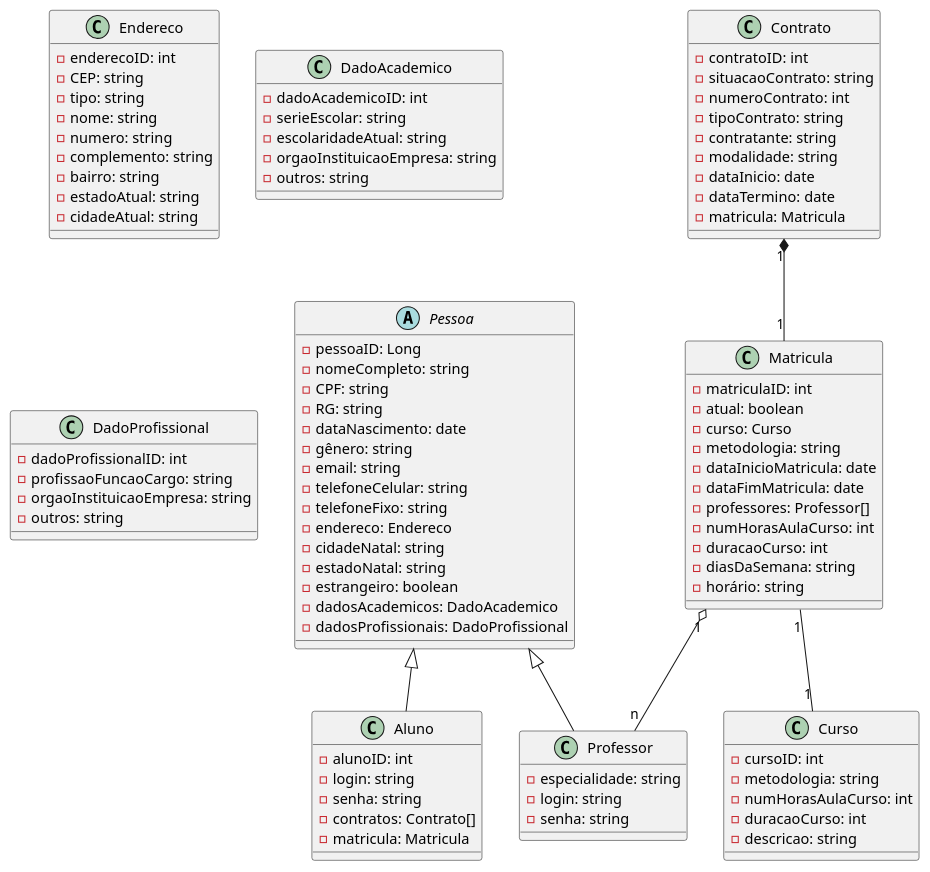
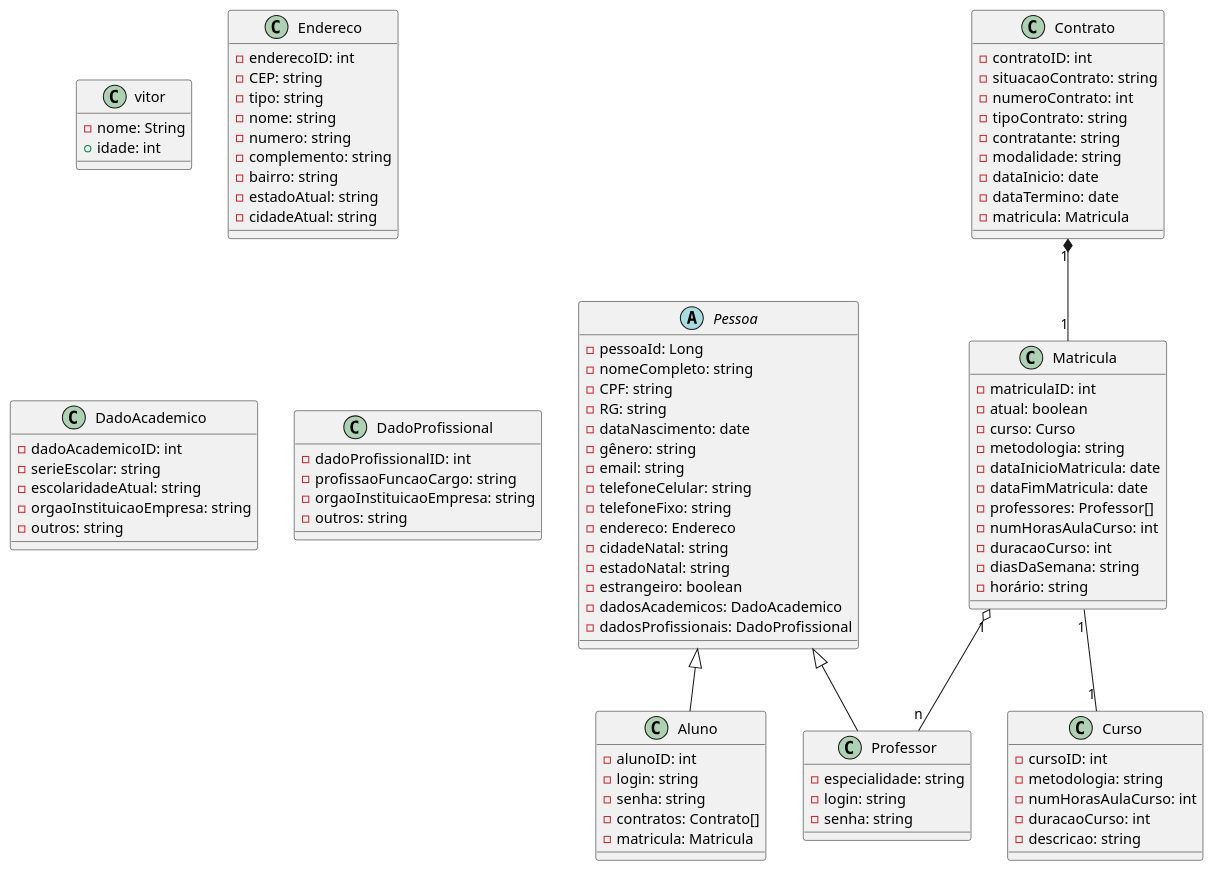
The diagram in projeto-spring/registro-flexivel/docs/diagrama.puml (Vitor-rs/Desenvolvimento-de-Servicos-para-Web-I), drawn with PlantUML before and after one commit. The commit also changed 12 other files, not shown here.

```diff
--- a/projeto-spring/registro-flexivel/docs/diagrama.puml
+++ b/projeto-spring/registro-flexivel/docs/diagrama.puml
@@ -1,106 +1,111 @@
 @startuml
 
 abstract class Pessoa {
-    -pessoaID: Long
+    -pessoaId: Long
     -nomeCompleto: string
     -CPF: string
     -RG: string
     -dataNascimento: date
     -gênero: string
     -email: string
     -telefoneCelular: string
     -telefoneFixo: string
     -endereco: Endereco
     -cidadeNatal: string
     -estadoNatal: string
     -estrangeiro: boolean
     -dadosAcademicos: DadoAcademico
     -dadosProfissionais: DadoProfissional
+}
+
+class vitor {
+ -nome: String
+ +idade: int
 }
 
 class Professor {
     -especialidade: string
     -login: string
     -senha: string
 }
 
 class Aluno {
     -alunoID: int
     -login: string
     -senha: string
     -contratos: Contrato[]
 }
 
 class Endereco {
     -enderecoID: int
     -CEP: string
     -tipo: string
     -nome: string
     -numero: string
     -complemento: string
     -bairro: string
     -estadoAtual: string
     -cidadeAtual: string
 }
 
 class DadoAcademico {
     -dadoAcademicoID: int
     -serieEscolar: string
     -escolaridadeAtual: string
     -orgaoInstituicaoEmpresa: string
     -outros: string
 }
 
 class DadoProfissional {
     -dadoProfissionalID: int
     -profissaoFuncaoCargo: string
     -orgaoInstituicaoEmpresa: string
     -outros: string
 }
 
 class Contrato {
     -contratoID: int
     -situacaoContrato: string
     -numeroContrato: int
     -tipoContrato: string
     -contratante: string
     -modalidade: string
     -dataInicio: date
     -dataTermino: date
     -matricula: Matricula
 }
 
 class Matricula {
     -matriculaID: int
     -atual: boolean
     -curso: Curso
     -metodologia: string
     -dataInicioMatricula: date
     -dataFimMatricula: date
     -professores: Professor[]
     -numHorasAulaCurso: int
     -duracaoCurso: int
     -diasDaSemana: string
     -horário: string
 }
 
 class Curso {
     -cursoID: int
     -metodologia: string
     -numHorasAulaCurso: int
     -duracaoCurso: int
     -descricao: string
 }
 
 Pessoa <|-- Professor
 Pessoa <|-- Aluno
 
 class Aluno {
     -matricula: Matricula
 }
 
 Contrato "1" *-- "1" Matricula
 Matricula "1" o-- "n" Professor
 Matricula "1" -- "1" Curso
 
 @enduml
```
